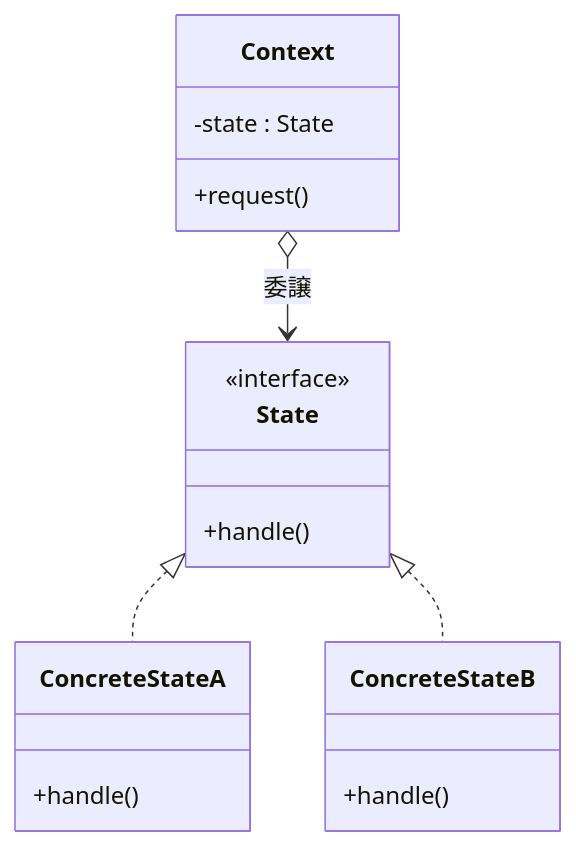
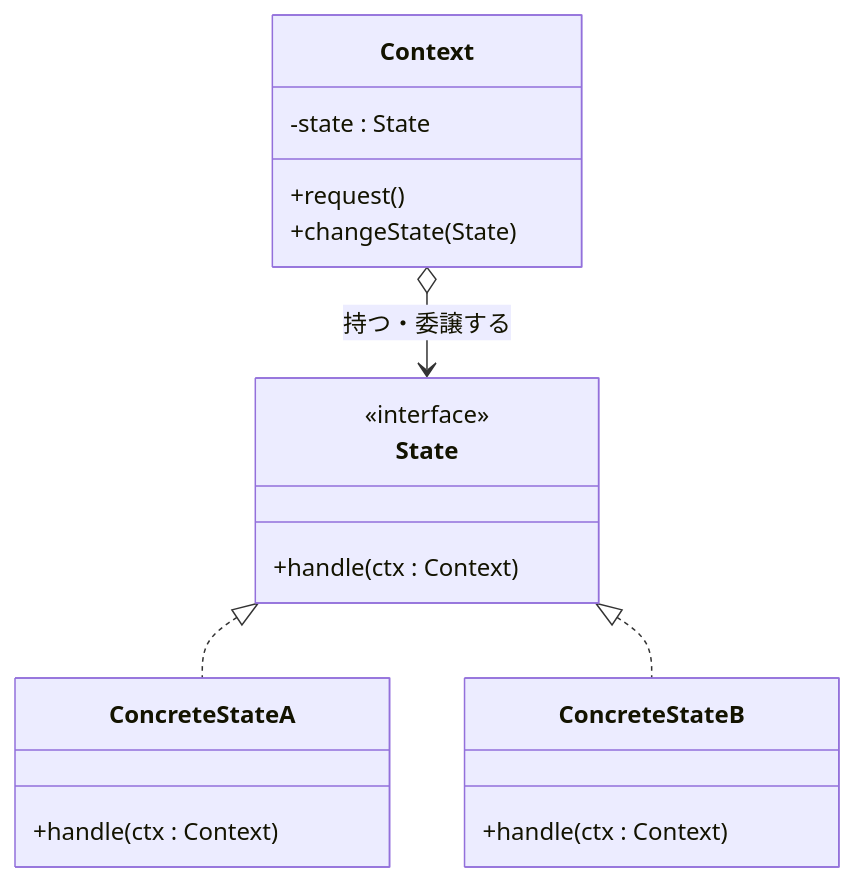
The seventh of 8 diagrams in kindle/design-patterns/output/chapter03.md (kumachan1101-pixel/DesignPattern), drawn with Mermaid before and after one commit. The commit also changed other lines of this file and 1 other file, not shown here.

````diff
--- a/kindle/design-patterns/output/chapter03.md
+++ b/kindle/design-patterns/output/chapter03.md
@@ -785,20 +1126,21 @@
 ```mermaid
 classDiagram
     class Context {
         -state : State
         +request()
+        +changeState(State)
     }
     class State {
         <<interface>>
-        +handle()
+        +handle(ctx : Context)
     }
     class ConcreteStateA {
-        +handle()
+        +handle(ctx : Context)
     }
     class ConcreteStateB {
-        +handle()
+        +handle(ctx : Context)
     }
-    Context o--> State : 委譲
+    Context o--> State : 持つ・委譲する
     State <|.. ConcreteStateA
     State <|.. ConcreteStateB
 ```
````
